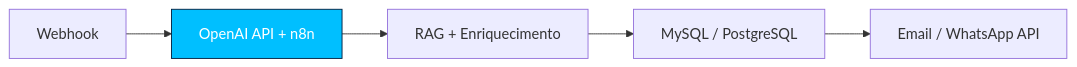
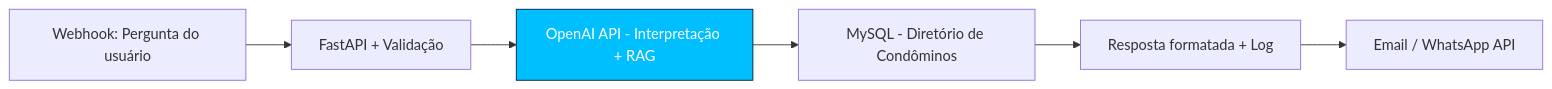
The diagram in README.md (Pedro274-ctrl/agente-toqan-ifood-exemplo), drawn with Mermaid before and after one commit. The commit also changed other lines of this file, not shown here.

````diff
--- a/README.md
+++ b/README.md
@@ -30,8 +21,9 @@
 ```mermaid
 flowchart LR
-    A[Webhook] --> B[OpenAI API + n8n]
-    B --> C[RAG + Enriquecimento]
-    C --> D[MySQL / PostgreSQL]
-    D --> E[Email / WhatsApp API]
-    style B fill:#00BFFF,stroke:#001F3F,color:#fff
+    A[Webhook: Pergunta do usuário] --> B[FastAPI + Validação]
+    B --> C[OpenAI API - Interpretação + RAG]
+    C --> D[MySQL - Diretório de Condôminos]
+    D --> E[Resposta formatada + Log]
+    E --> F[Email / WhatsApp API]
+    style C fill:#00BFFF,stroke:#001F3F,color:#fff
 ```
````
